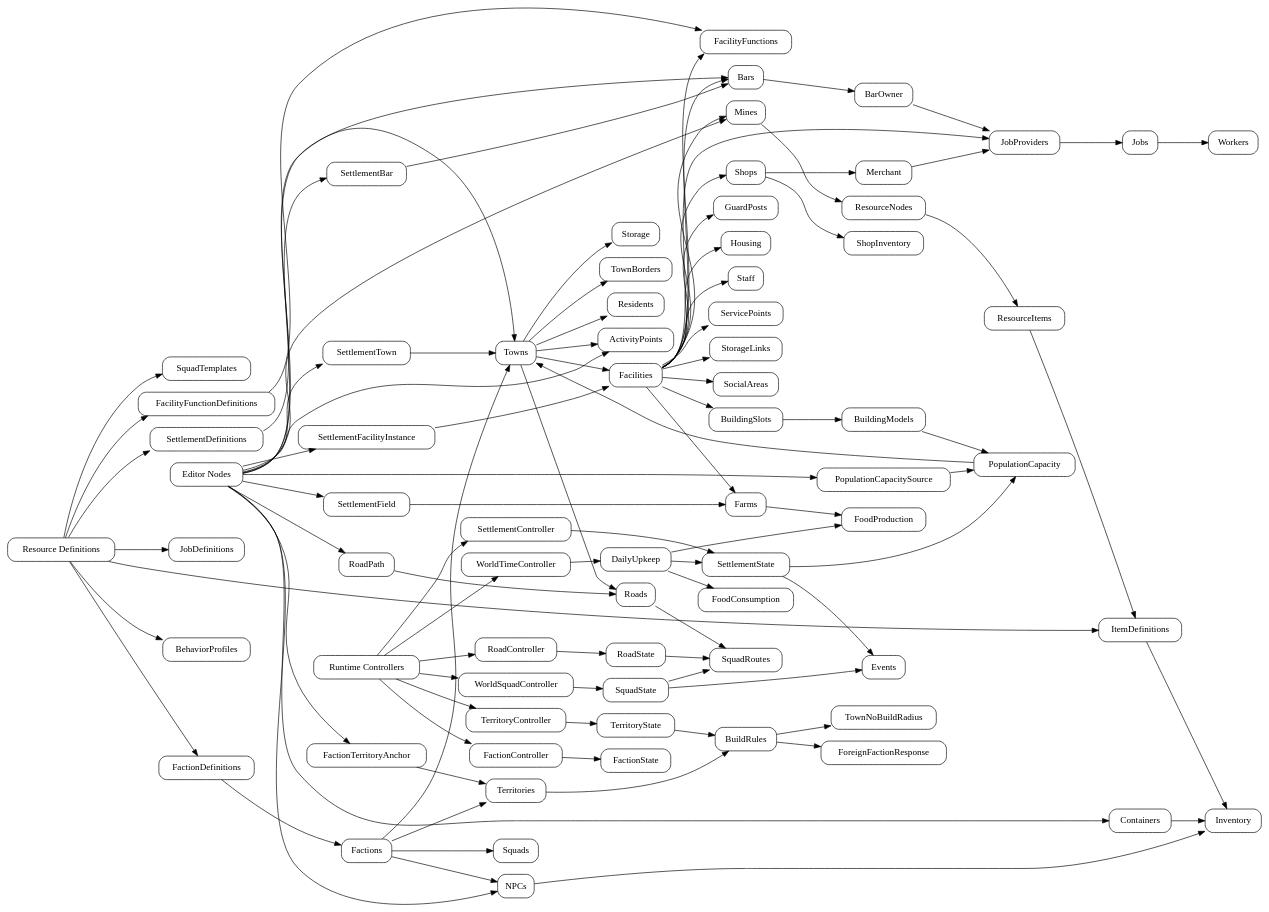
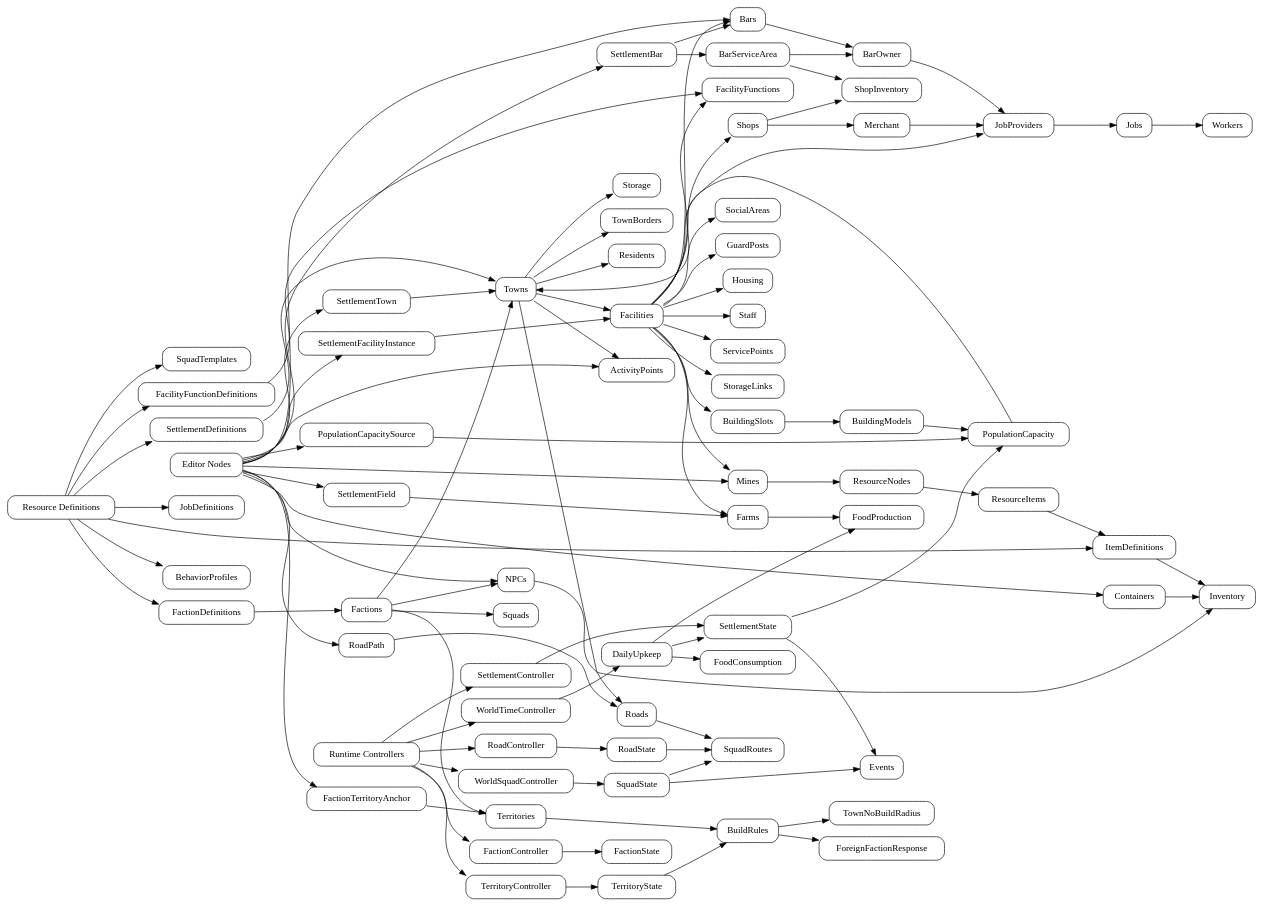
The diagram in architecture/game-data.md (dustinc555/mygame), drawn with Graphviz before and after one commit. The commit also changed other lines of this file and 58 other files, not shown here.

Commit message:
settlement bar patches

```diff
--- a/architecture/game-data.md
+++ b/architecture/game-data.md
@@ -79,6 +79,7 @@
   Facilities -> Housing;
   Facilities -> SocialAreas;
   SettlementBar -> Bars;
+  SettlementBar -> BarServiceArea;
   SettlementField -> Farms;
   BuildingSlots -> BuildingModels;
   BuildingModels -> PopulationCapacity;
@@ -86,6 +87,8 @@
   PopulationCapacity -> Towns;
 
   Bars -> BarOwner;
+  BarServiceArea -> BarOwner;
+  BarServiceArea -> ShopInventory;
   Shops -> Merchant;
   Mines -> ResourceNodes;
   Farms -> FoodProduction;
```
